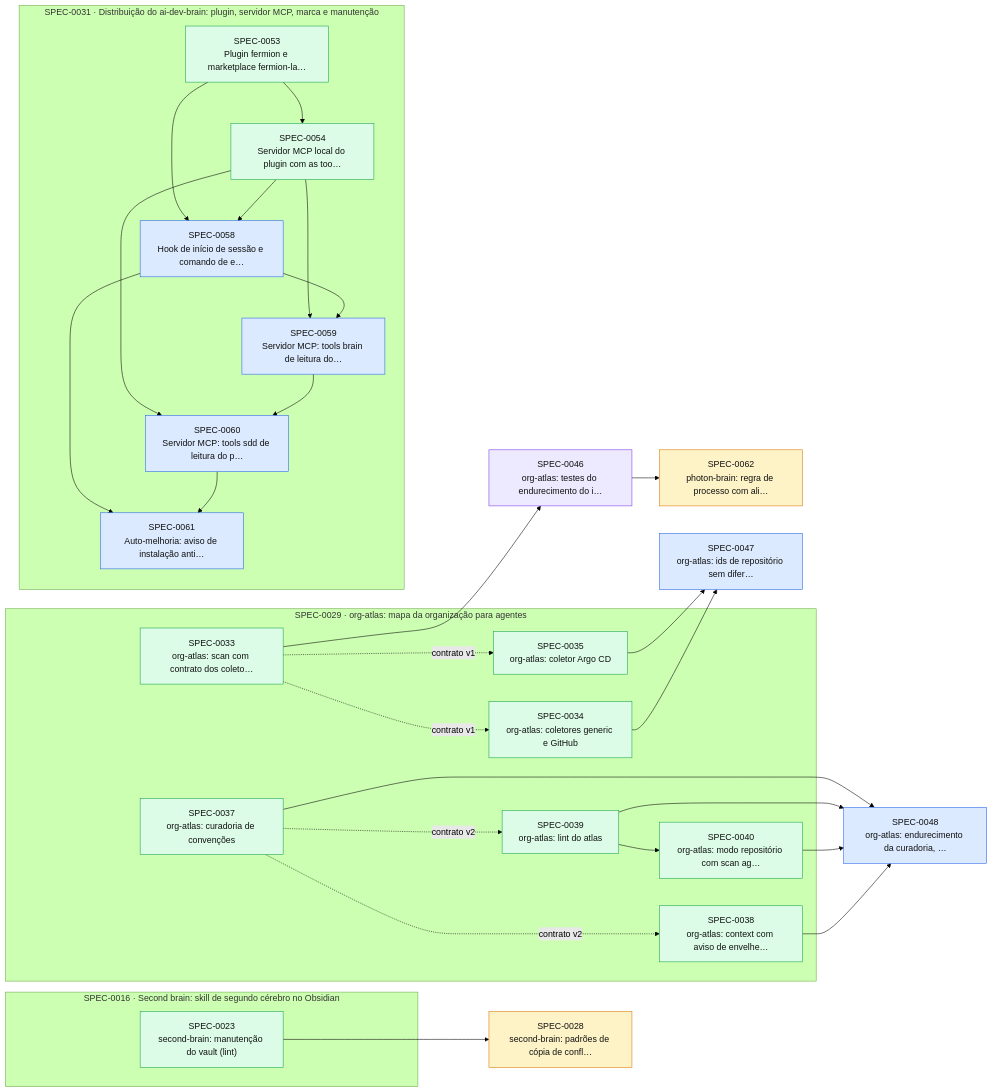
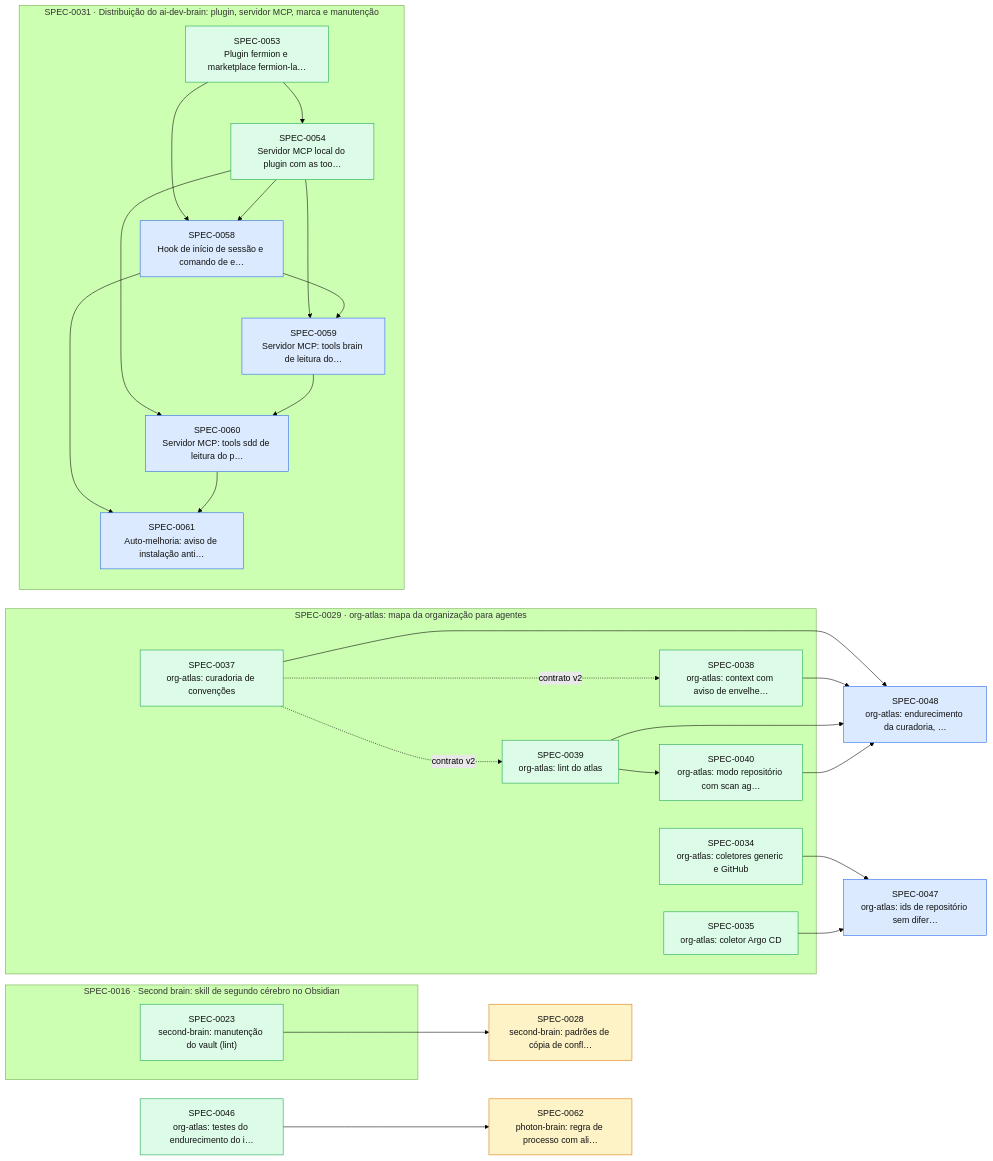
Before and after one commit to thomasravache/ai-dev-brain: the diagram in docs/specs/INDEX.md, drawn with Mermaid (forest theme). The commit also changed other lines of this file and 1 other file, not shown here.

First line of the commit message:
docs(specs): G7 e fechamento da SPEC-0046

````diff
--- a/docs/specs/INDEX.md
+++ b/docs/specs/INDEX.md
@@ -56,56 +55,52 @@
 ```mermaid
 flowchart LR
   S0028["SPEC-0028<br/>second-brain: padrões de cópia de confl…"]:::proposed
-  S0046["SPEC-0046<br/>org-atlas: testes do endurecimento do i…"]:::inprogress
+  S0046["SPEC-0046<br/>org-atlas: testes do endurecimento do i…"]:::implemented
   S0047["SPEC-0047<br/>org-atlas: ids de repositório sem difer…"]:::approved
   S0048["SPEC-0048<br/>org-atlas: endurecimento da curadoria, …"]:::approved
   S0062["SPEC-0062<br/>photon-brain: regra de processo com ali…"]:::proposed
   subgraph E0016["SPEC-0016 · Second brain: skill de segundo cérebro no Obsidian"]
     S0023["SPEC-0023<br/>second-brain: manutenção do vault (lint)"]:::implemented
   end
   subgraph E0029["SPEC-0029 · org-atlas: mapa da organização para agentes"]
-    S0033["SPEC-0033<br/>org-atlas: scan com contrato dos coleto…"]:::implemented
     S0034["SPEC-0034<br/>org-atlas: coletores generic e GitHub"]:::implemented
     S0035["SPEC-0035<br/>org-atlas: coletor Argo CD"]:::implemented
     S0037["SPEC-0037<br/>org-atlas: curadoria de convenções"]:::implemented
     S0038["SPEC-0038<br/>org-atlas: context com aviso de envelhe…"]:::implemented
     S0039["SPEC-0039<br/>org-atlas: lint do atlas"]:::implemented
     S0040["SPEC-0040<br/>org-atlas: modo repositório com scan ag…"]:::implemented
   end
   subgraph E0031["SPEC-0031 · Distribuição do ai-dev-brain: plugin, servidor MCP, marca e manutenção"]
     S0053["SPEC-0053<br/>Plugin fermion e marketplace fermion-la…"]:::implemented
     S0054["SPEC-0054<br/>Servidor MCP local do plugin com as too…"]:::implemented
     S0058["SPEC-0058<br/>Hook de início de sessão e comando de e…"]:::approved
     S0059["SPEC-0059<br/>Servidor MCP: tools brain de leitura do…"]:::approved
     S0060["SPEC-0060<br/>Servidor MCP: tools sdd de leitura do p…"]:::approved
     S0061["SPEC-0061<br/>Auto-melhoria: aviso de instalação anti…"]:::approved
   end
   S0023 --> S0028
-  S0033 -. contrato v1 .-> S0034
-  S0033 -. contrato v1 .-> S0035
   S0037 -. contrato v2 .-> S0038
   S0037 -. contrato v2 .-> S0039
   S0039 --> S0040
-  S0033 --> S0046
   S0034 --> S0047
   S0035 --> S0047
   S0037 --> S0048
   S0038 --> S0048
   S0039 --> S0048
   S0040 --> S0048
   S0053 --> S0054
   S0053 --> S0058
   S0054 --> S0058
   S0054 --> S0059
   S0058 --> S0059
   S0054 --> S0060
   S0059 --> S0060
   S0058 --> S0061
   S0060 --> S0061
   S0046 --> S0062
   classDef proposed fill:#fef3c7,stroke:#d97706,color:#111
   classDef approved fill:#dbeafe,stroke:#2563eb,color:#111
   classDef inprogress fill:#ede9fe,stroke:#7c3aed,color:#111
   classDef implemented fill:#dcfce7,stroke:#16a34a,color:#111
   classDef deprecated fill:#f3f4f6,stroke:#9ca3af,color:#6b7280
 ```
````
